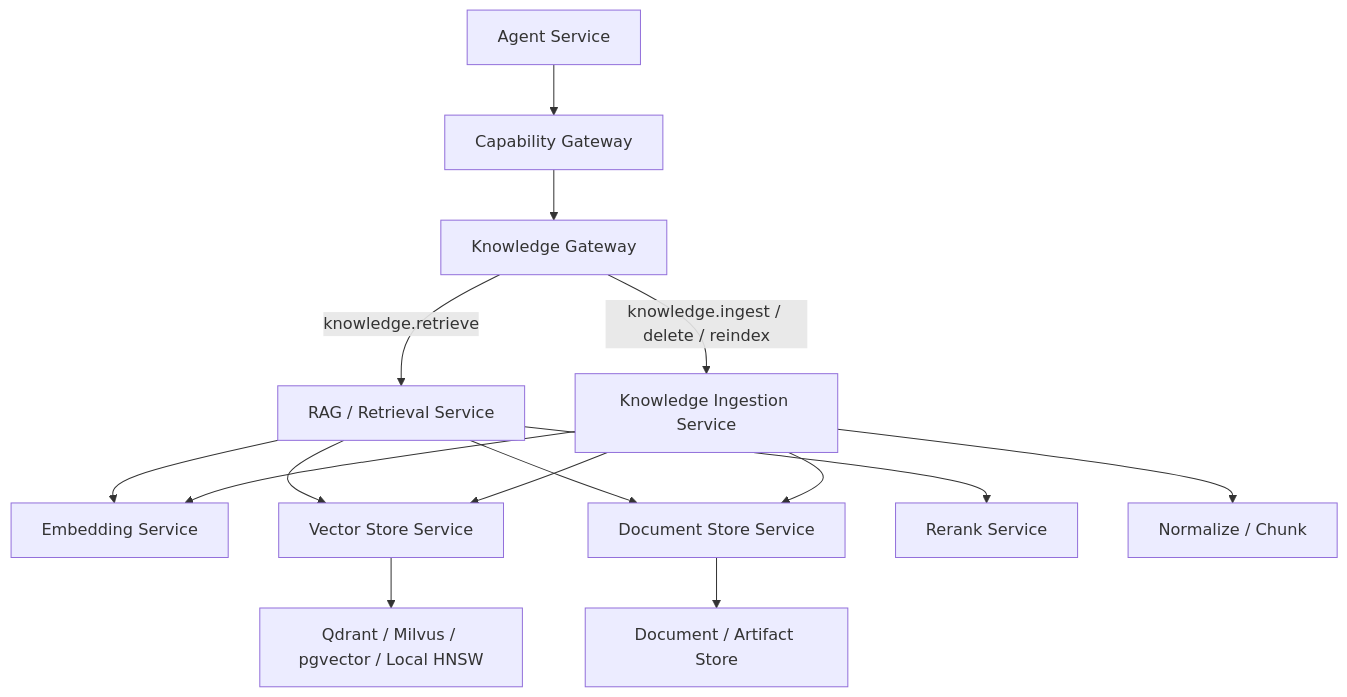
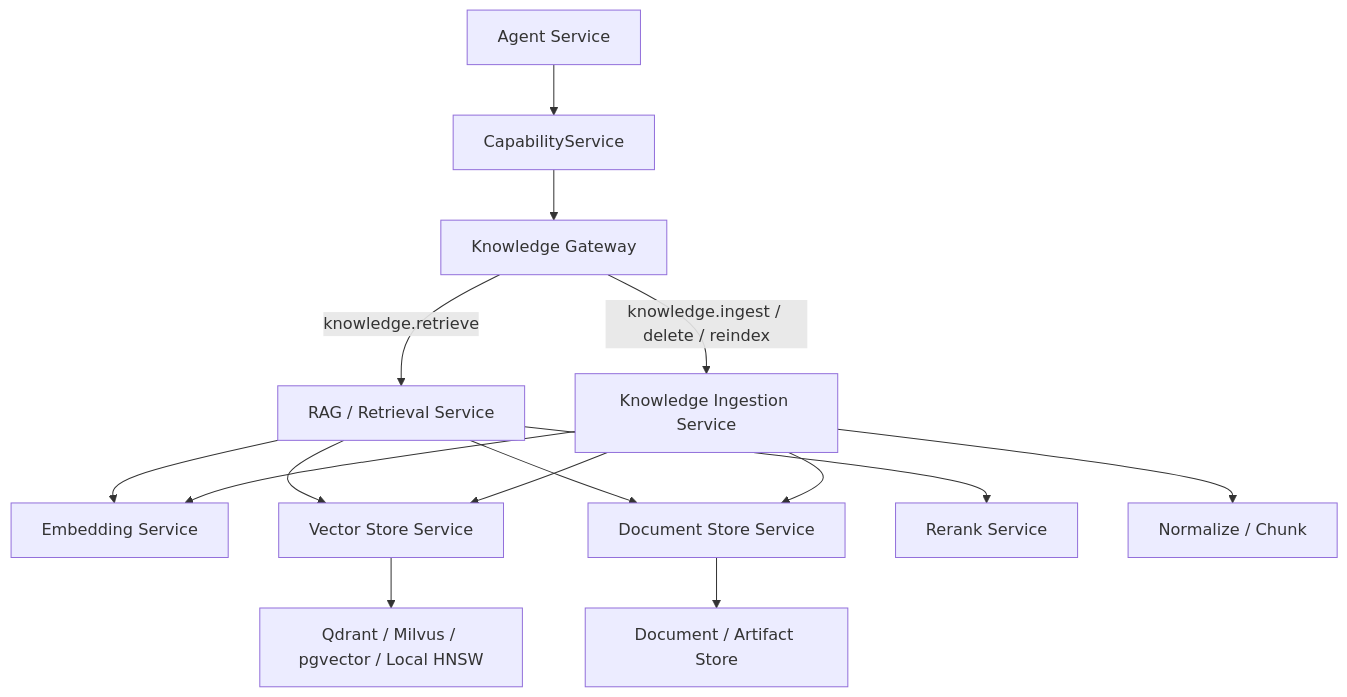
The fourth of 5 diagrams in docs/event-sourced-service-runtime-architecture.md (nufangqiangwei/studyAgent), drawn with Mermaid before and after one commit. The commit also changed other lines of this file and 61 other files, not shown here.

````diff
--- a/docs/event-sourced-service-runtime-architecture.md
+++ b/docs/event-sourced-service-runtime-architecture.md
@@ -1575,21 +1567,21 @@
 ```mermaid
 flowchart TD
-    Agent["Agent Service"] --> Gateway["Capability Gateway"]
+    Agent["Agent Service"] --> Gateway["CapabilityService"]
     Gateway --> Knowledge["Knowledge Gateway"]
 
     Knowledge -->|knowledge.retrieve| RAG["RAG / Retrieval Service"]
     Knowledge -->|knowledge.ingest / delete / reindex| Ingest["Knowledge Ingestion Service"]
 
     RAG --> Embedding["Embedding Service"]
     RAG --> Vector["Vector Store Service"]
     RAG --> Document["Document Store Service"]
     RAG --> Rerank["Rerank Service"]
 
     Ingest --> Normalize["Normalize / Chunk"]
     Ingest --> Document
     Ingest --> Embedding
     Ingest --> Vector
 
     Vector --> VectorDB["Qdrant / Milvus / pgvector / Local HNSW"]
     Document --> Artifact["Document / Artifact Store"]
 ```
````
